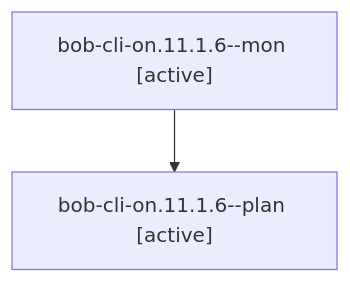
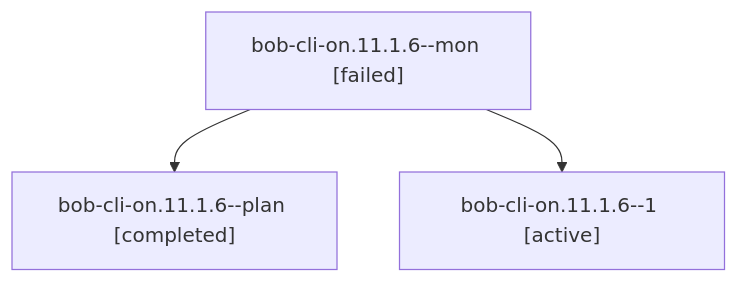
Before and after one commit to bobs-org/bob-cli--agents: the diagram in sessions/bbugyi200.athena.bob-cli-on.11.1.6.md, drawn with Mermaid. The commit also changed other lines of this file and 236 other files, not shown here.

````diff
--- a/sessions/bbugyi200.athena.bob-cli-on.11.1.6.md
+++ b/sessions/bbugyi200.athena.bob-cli-on.11.1.6.md
@@ -9,6 +9,8 @@
 ```mermaid
 flowchart TD
-  n0["bob-cli-on.11.1.6--mon [active]"]
-  n1["bob-cli-on.11.1.6--plan [active]"]
+  n0["bob-cli-on.11.1.6--mon [failed]"]
+  n1["bob-cli-on.11.1.6--plan [completed]"]
   n0 --> n1
+  n2["bob-cli-on.11.1.6--1 [active]"]
+  n0 --> n2
 ```
````
